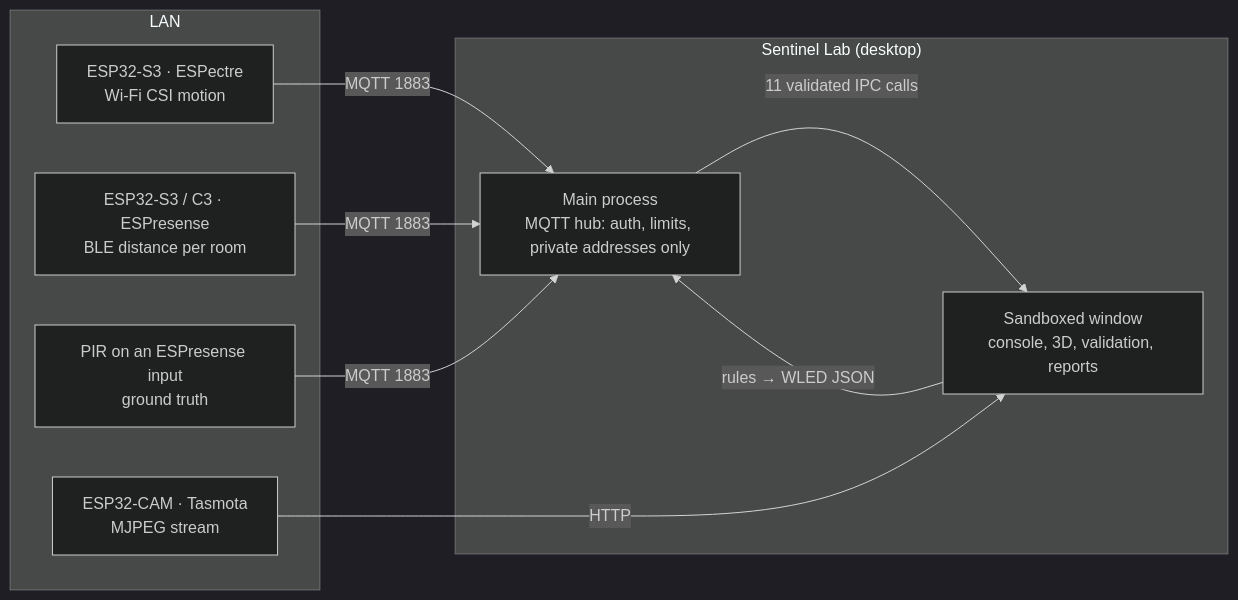
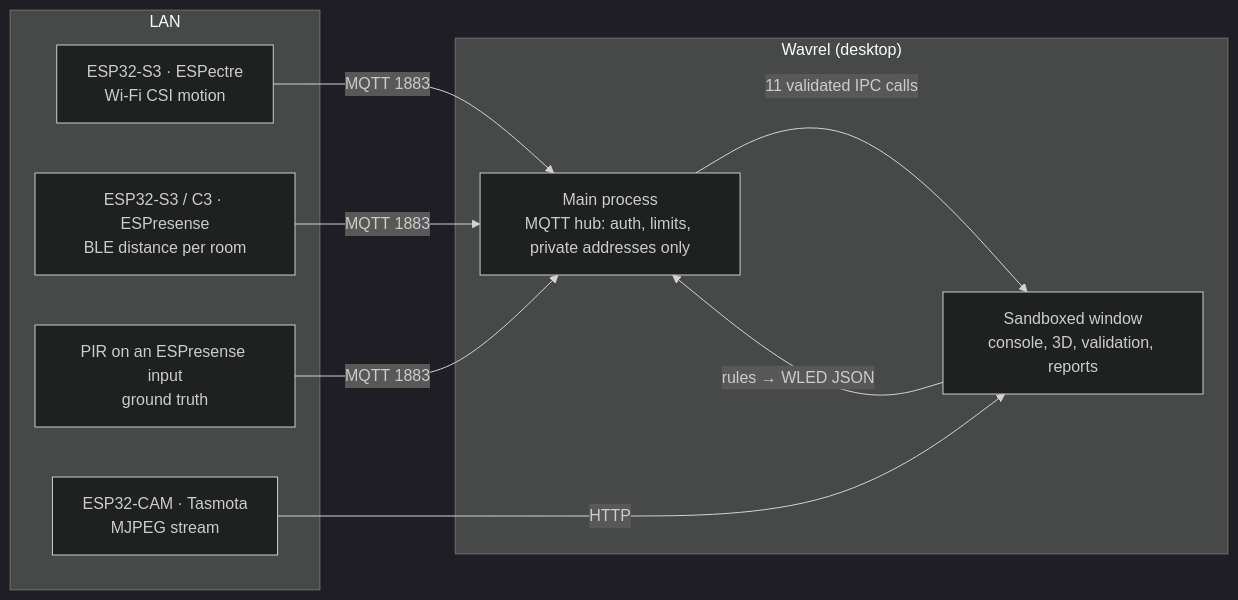
Before and after one commit to pengveloper/airfab-sentinel: the diagram in README.md, drawn with Mermaid (dark theme). The commit also changed other lines of this file and 62 other files, not shown here.

First line of the commit message:
Rename Sentinel Lab to Wavrel

````diff
--- a/README.md
+++ b/README.md
@@ -40,19 +43,19 @@
 ```mermaid
 flowchart LR
   subgraph LAN
     A["ESP32-S3 · ESPectre<br/>Wi-Fi CSI motion"]
     C["ESP32-S3 / C3 · ESPresense<br/>BLE distance per room"]
     P["PIR on an ESPresense input<br/>ground truth"]
     E["ESP32-CAM · Tasmota<br/>MJPEG stream"]
   end
-  subgraph APP["Sentinel Lab (desktop)"]
+  subgraph APP["Wavrel (desktop)"]
     H["Main process<br/>MQTT hub: auth, limits, private addresses only"]
     W["Sandboxed window<br/>console, 3D, validation, reports"]
     H -- "11 validated IPC calls" --> W
   end
   A -- MQTT 1883 --> H
   C -- MQTT 1883 --> H
   P -- MQTT 1883 --> H
   W -- "rules → WLED JSON" --> H
   E -- HTTP --> W
 ```
````
